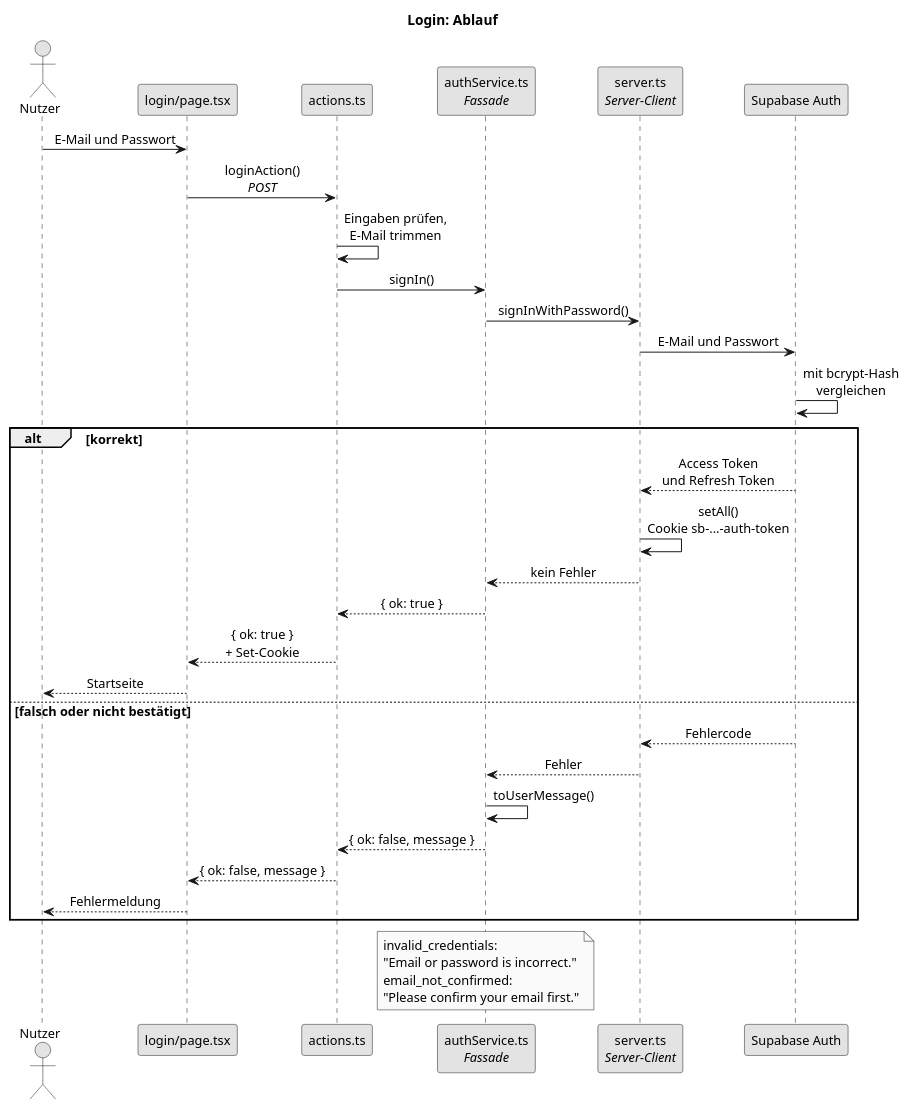
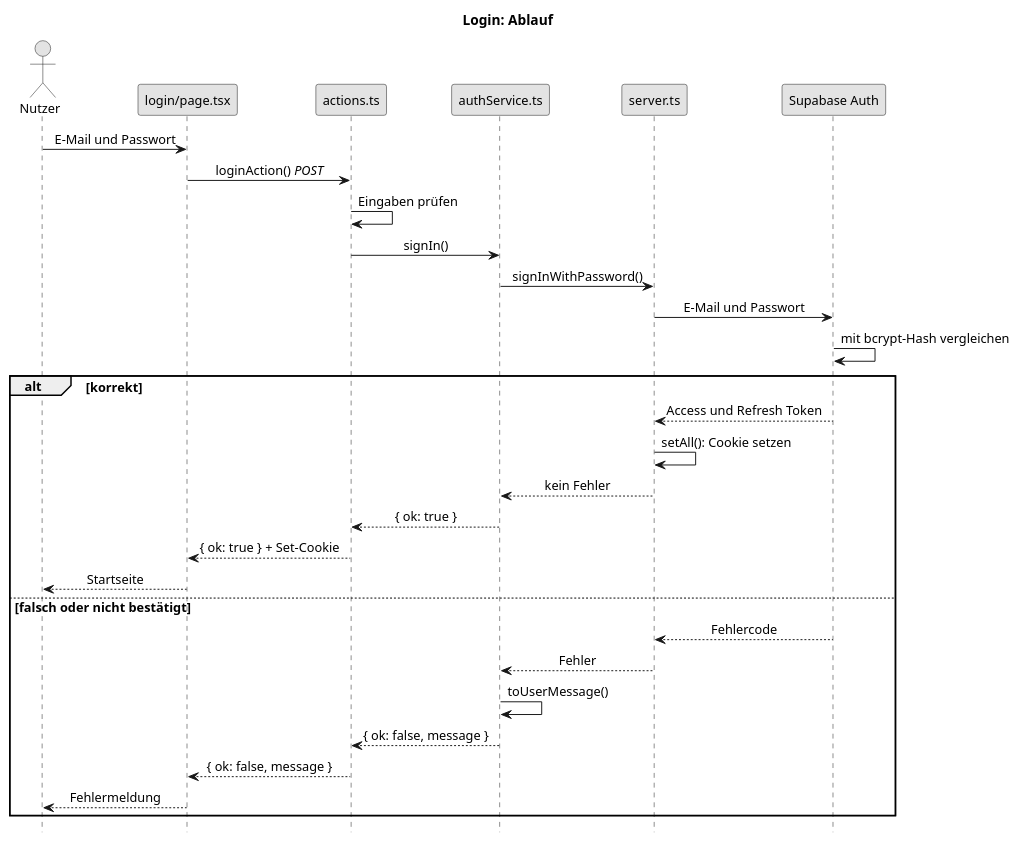
The diagram in docs/design-analysis/Fachaustausch/login-ablauf.puml (nac1dy/Habit-Tracker), drawn with PlantUML before and after one commit.

Commit message:
docs: editing preview for diagram

```diff
--- a/docs/design-analysis/Fachaustausch/login-ablauf.puml
+++ b/docs/design-analysis/Fachaustausch/login-ablauf.puml
@@ -1,47 +1,41 @@
 @startuml login-ablauf
 ' Login vom Absenden des Formulars bis zur Startseite oder Fehlermeldung.
 skinparam monochrome true
 skinparam defaultFontSize 13
 skinparam sequenceMessageAlign center
+hide footbox
 
 title Login: Ablauf
 
 actor Nutzer
 participant "login/page.tsx" as page
 participant "actions.ts" as actions
-participant "authService.ts\n<i>Fassade</i>" as service
-participant "server.ts\n<i>Server-Client</i>" as client
+participant "authService.ts" as service
+participant "server.ts" as client
 participant "Supabase Auth" as auth
 
 Nutzer -> page : E-Mail und Passwort
-page -> actions : loginAction()\n<i>POST</i>
-actions -> actions : Eingaben prüfen,\nE-Mail trimmen
+page -> actions : loginAction() <i>POST</i>
+actions -> actions : Eingaben prüfen
 actions -> service : signIn()
 service -> client : signInWithPassword()
 client -> auth : E-Mail und Passwort
-auth -> auth : mit bcrypt-Hash\nvergleichen
+auth -> auth : mit bcrypt-Hash vergleichen
 
 alt korrekt
-  auth --> client : Access Token\nund Refresh Token
-  client -> client : setAll()\nCookie sb-...-auth-token
+  auth --> client : Access und Refresh Token
+  client -> client : setAll(): Cookie setzen
   client --> service : kein Fehler
   service --> actions : { ok: true }
-  actions --> page : { ok: true }\n+ Set-Cookie
+  actions --> page : { ok: true } + Set-Cookie
   page --> Nutzer : Startseite
 else falsch oder nicht bestätigt
   auth --> client : Fehlercode
   client --> service : Fehler
   service -> service : toUserMessage()
   service --> actions : { ok: false, message }
   actions --> page : { ok: false, message }
   page --> Nutzer : Fehlermeldung
 end
 
-note over service
-  invalid_credentials:
-  "Email or password is incorrect."
-  email_not_confirmed:
-  "Please confirm your email first."
-end note
-
 @enduml
```
